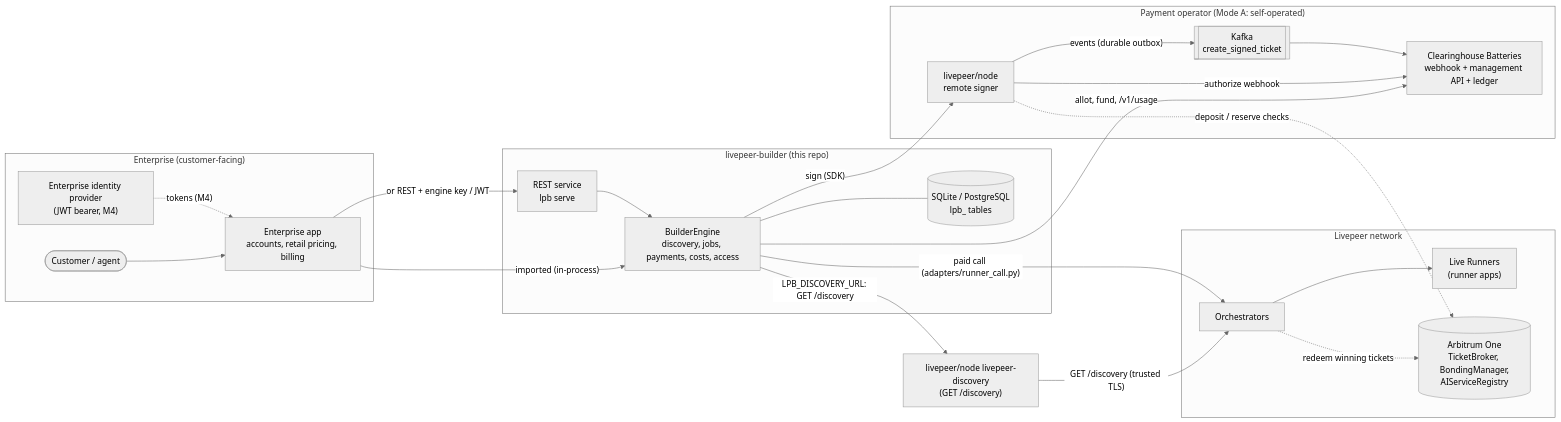
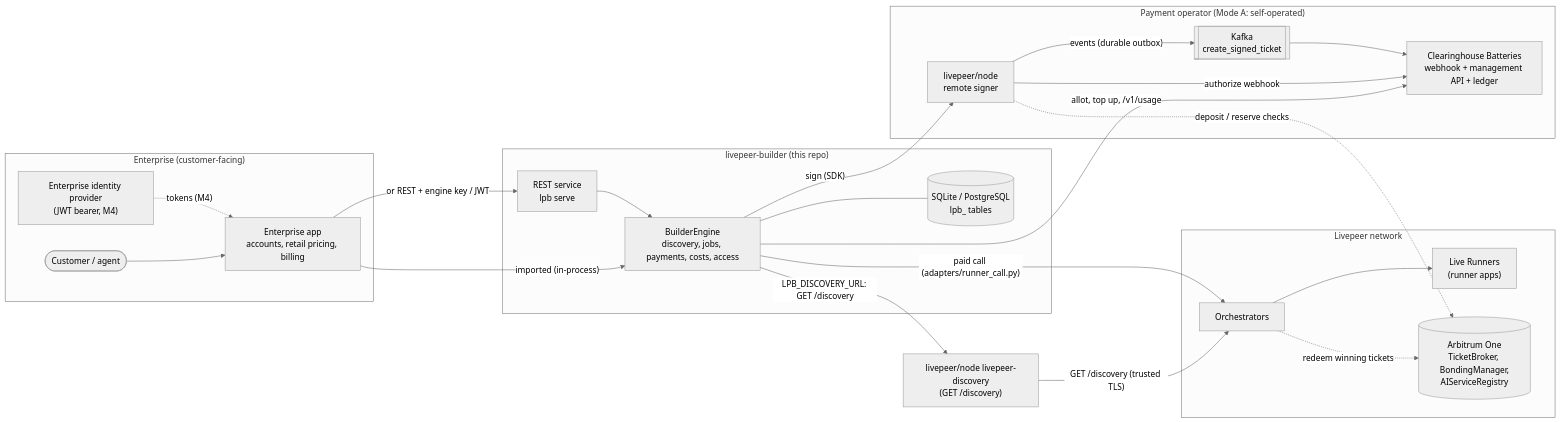
The first of 12 diagrams in docs/design-docs/architecture-diagrams.md (NE-Build-Track/livepeer-builder-core), drawn with Mermaid (neutral theme) before and after one commit. The commit also changed other lines of this file and 50 other files, not shown here.

First line of the commit message:
refactor(payments)!: fund becomes top up (#163)

````diff
--- a/docs/design-docs/architecture-diagrams.md
+++ b/docs/design-docs/architecture-diagrams.md
@@ -16,38 +16,38 @@
 ```mermaid
 flowchart LR
     subgraph Enterprise["Enterprise (customer-facing)"]
         User(["Customer / agent"])
         App["Enterprise app<br/>accounts, retail pricing, billing"]
         IdP["Enterprise identity provider<br/>(JWT bearer, M4)"]
     end
     subgraph Engine["livepeer-builder (this repo)"]
         API["REST service<br/>lpb serve"]
         Core["BuilderEngine<br/>discovery, jobs, payments, costs, access"]
         DB[("SQLite / PostgreSQL<br/>lpb_ tables")]
     end
     subgraph Payments["Payment operator (Mode A: self-operated)"]
         Signer["livepeer/node<br/>remote signer"]
         Bat["Clearinghouse Batteries<br/>webhook + management API + ledger"]
         Kafka[["Kafka<br/>create_signed_ticket"]]
     end
     subgraph Network["Livepeer network"]
         Orch["Orchestrators"]
         Runner["Live Runners<br/>(runner apps)"]
         Chain[("Arbitrum One<br/>TicketBroker, BondingManager,<br/>AIServiceRegistry")]
     end
     DiscSvc["livepeer/node livepeer-discovery<br/>(GET /discovery)"]
     User --> App
     App -->|"imported (in-process)"| Core
     App -->|"or REST + engine key / JWT"| API --> Core
     IdP -.->|"tokens (M4)"| App
     Core --- DB
     Core -->|"sign (SDK)"| Signer
     Core -->|"LPB_DISCOVERY_URL: GET /discovery"| DiscSvc
     DiscSvc -->|"GET /discovery (trusted TLS)"| Orch
-    Core -->|"allot, fund, /v1/usage"| Bat
+    Core -->|"allot, top up, /v1/usage"| Bat
     Core -->|"paid call (adapters/runner_call.py)"| Orch --> Runner
     Signer -->|"authorize webhook"| Bat
     Signer -->|"events (durable outbox)"| Kafka --> Bat
     Signer -.->|"deposit / reserve checks"| Chain
     Orch -.->|"redeem winning tickets"| Chain
 ```
````
